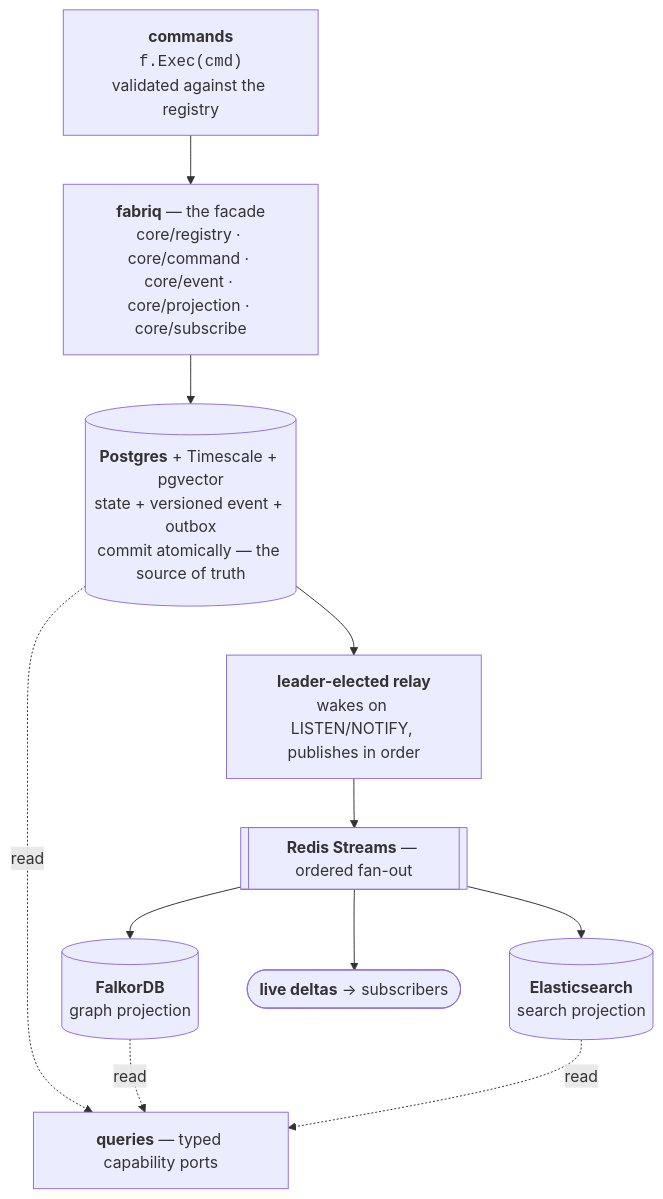
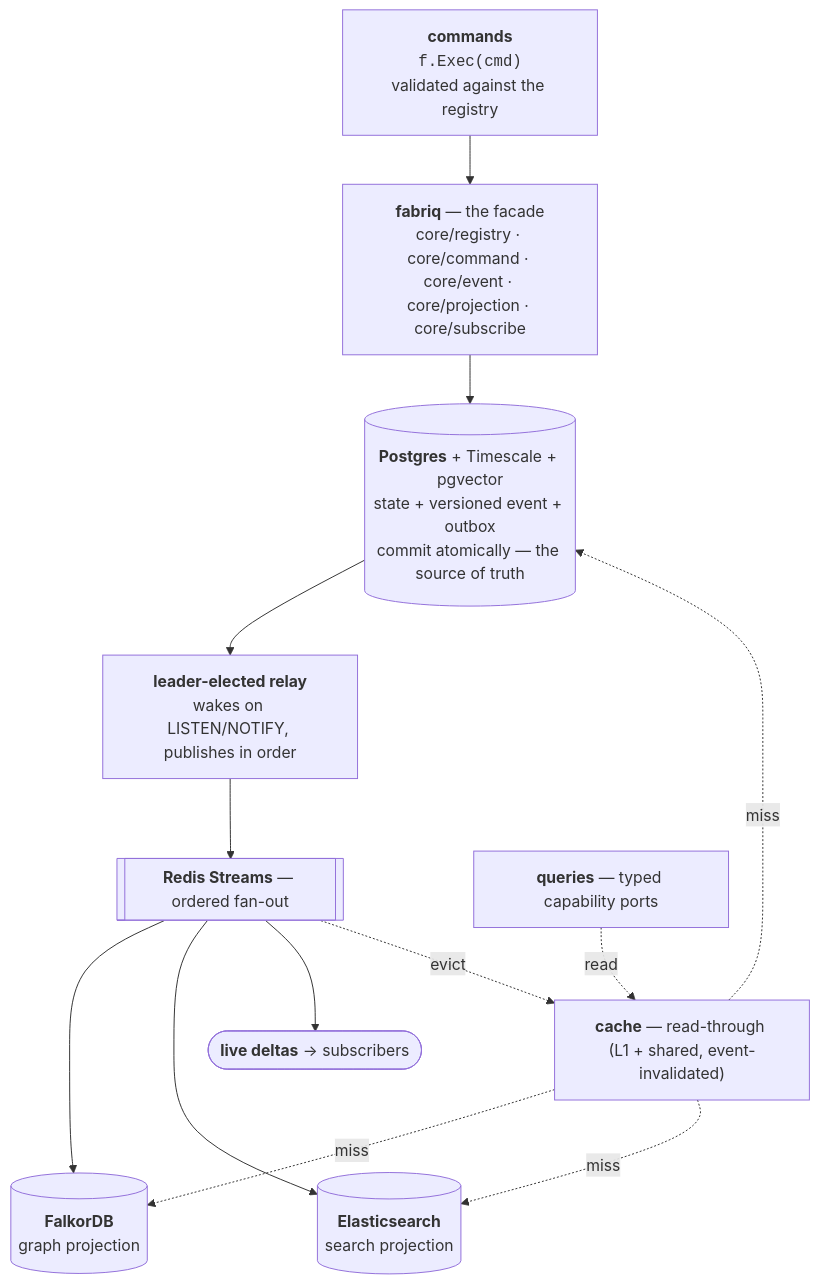
One commit to xraph/fabriq changed the diagram in README.md. Above: the diagram before and after it, drawn with Mermaid. The commit also changed other lines of this file, not shown here.

````diff
--- a/README.md
+++ b/README.md
@@ -27,20 +27,23 @@
 ```mermaid
 flowchart TD
     CMD["<b>commands</b><br/><code>f.Exec(cmd)</code><br/>validated against the registry"]
     FABRIC["<b>fabriq</b> — the facade<br/>core/registry · core/command · core/event · core/projection · core/subscribe"]
     PG[("<b>Postgres</b> + Timescale + pgvector<br/>state + versioned event + outbox<br/>commit atomically — the source of truth")]
     RELAY["<b>leader-elected relay</b><br/>wakes on LISTEN/NOTIFY, publishes in order"]
     REDIS[["<b>Redis Streams</b> — ordered fan-out"]]
     GRAPH[("<b>FalkorDB</b><br/>graph projection")]
     ES[("<b>Elasticsearch</b><br/>search projection")]
     SUBS(["<b>live deltas</b> → subscribers"])
+    CACHE["<b>cache</b> — read-through (L1 + shared, event-invalidated)"]
     PORTS["<b>queries</b> — typed capability ports"]
 
     CMD --> FABRIC --> PG --> RELAY --> REDIS
     REDIS --> GRAPH
     REDIS --> ES
     REDIS --> SUBS
-    PG    -. read .-> PORTS
-    GRAPH -. read .-> PORTS
-    ES    -. read .-> PORTS
+    PORTS -. read .-> CACHE
+    CACHE -. miss .-> PG
+    CACHE -. miss .-> GRAPH
+    CACHE -. miss .-> ES
+    REDIS -. evict .-> CACHE
 ```
````
